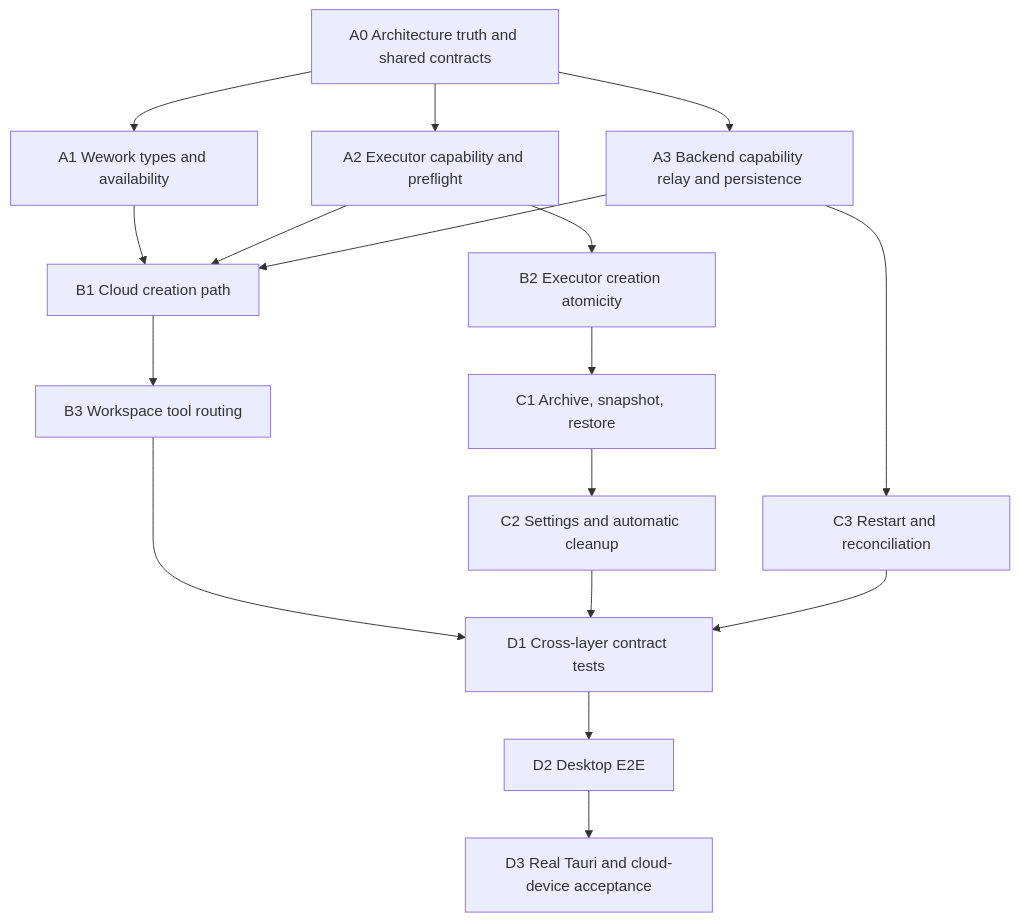
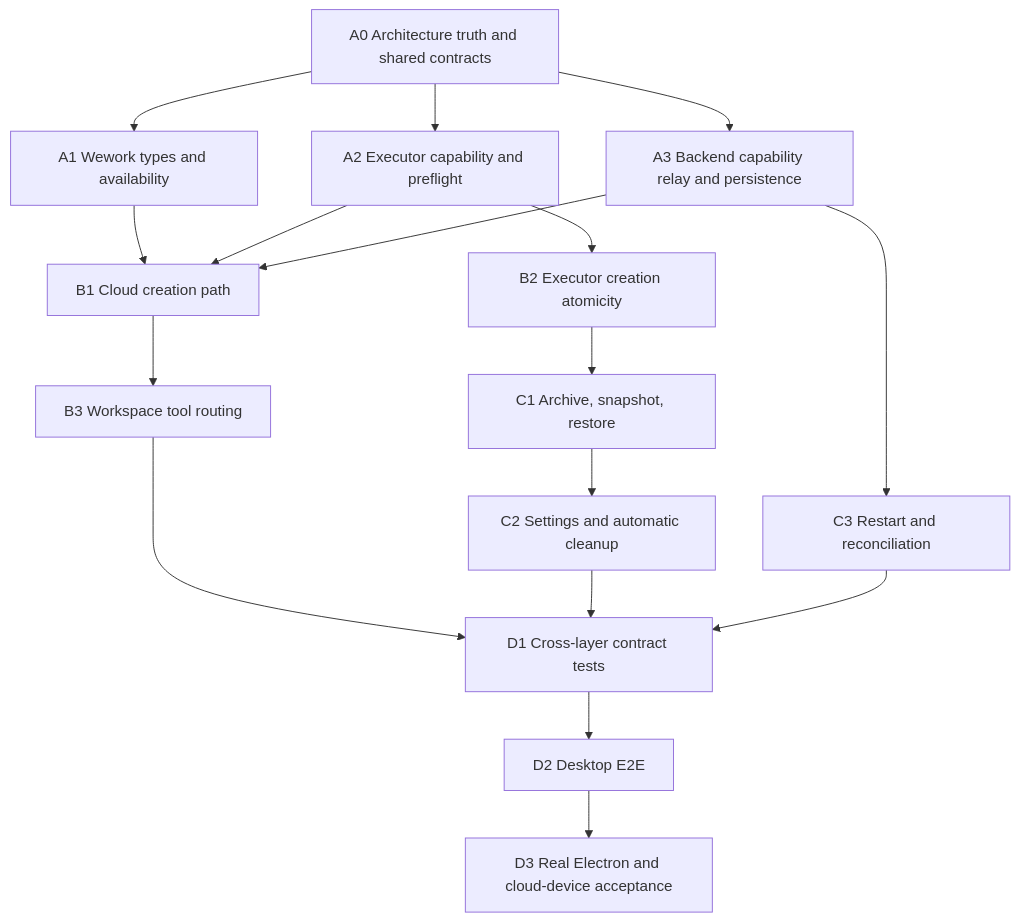
Before and after one commit to wecode-ai/wegent-docs: the second of 2 diagrams in docs/wework/developer-guide/wework-cloud-git-worktree-parallel-development-plan.md, drawn with Mermaid. The commit also changed other lines of this file and 49 other files, not shown here.

````diff
--- a/docs/wework/developer-guide/wework-cloud-git-worktree-parallel-development-plan.md
+++ b/docs/wework/developer-guide/wework-cloud-git-worktree-parallel-development-plan.md
@@ -84,33 +84,33 @@
 ```mermaid
 flowchart TD
   A0["A0 Architecture truth and shared contracts"]
   A1["A1 Wework types and availability"]
   A2["A2 Executor capability and preflight"]
   A3["A3 Backend capability relay and persistence"]
   B1["B1 Cloud creation path"]
   B2["B2 Executor creation atomicity"]
   B3["B3 Workspace tool routing"]
   C1["C1 Archive, snapshot, restore"]
   C2["C2 Settings and automatic cleanup"]
   C3["C3 Restart and reconciliation"]
   D1["D1 Cross-layer contract tests"]
   D2["D2 Desktop E2E"]
-  D3["D3 Real Tauri and cloud-device acceptance"]
+  D3["D3 Real Electron and cloud-device acceptance"]
 
   A0 --> A1
   A0 --> A2
   A0 --> A3
   A1 --> B1
   A2 --> B1
   A2 --> B2
   A3 --> B1
   B1 --> B3
   B2 --> C1
   A3 --> C3
   C1 --> C2
   B3 --> D1
   C2 --> D1
   C3 --> D1
   D1 --> D2
   D2 --> D3
 ```
````
